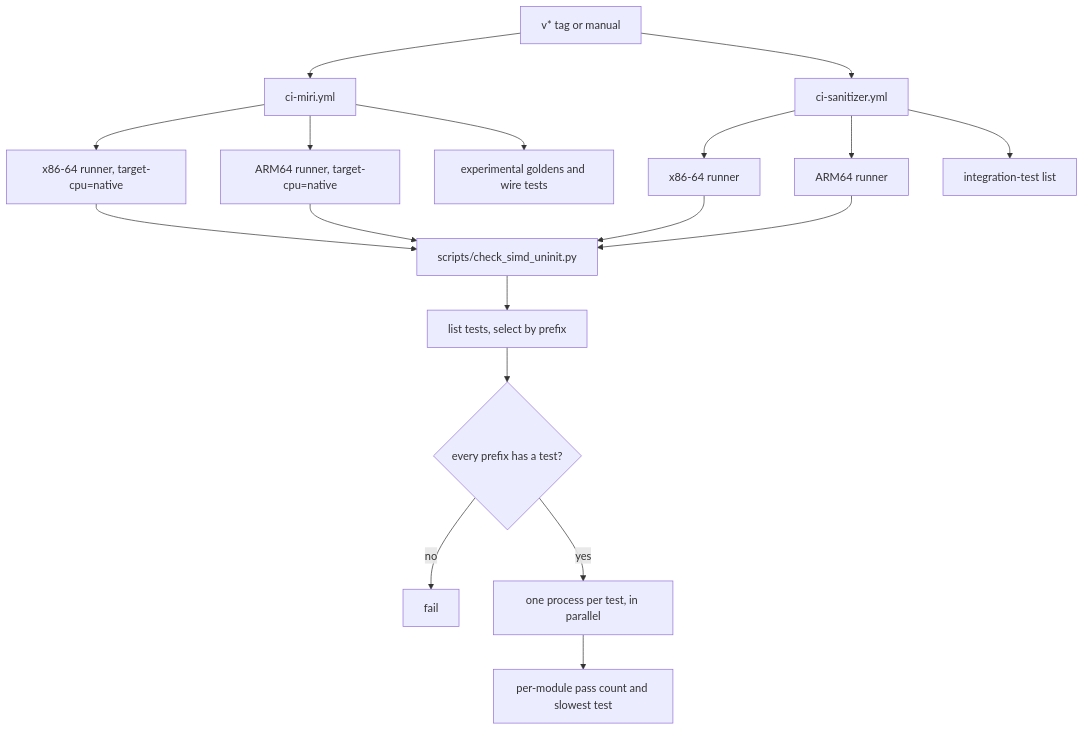
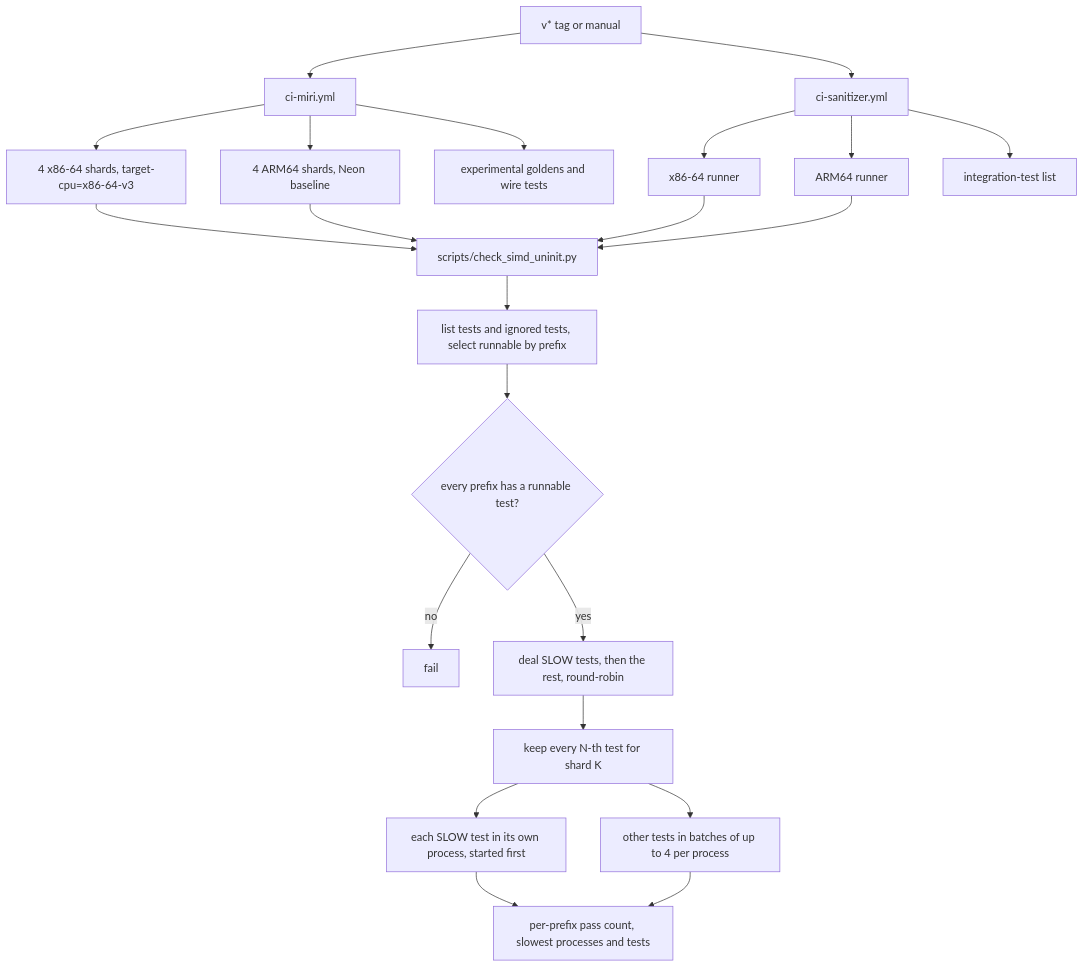
One commit to M-Compressors/mbrotli changed the third of 5 diagrams in architecture/ci.md. Above: the diagram before and after it, drawn with Mermaid. The commit also changed other lines of this file and 17 other files, not shown here.

Commit message:
Fix miri tests wf

````diff
--- a/architecture/ci.md
+++ b/architecture/ci.md
@@ -113,20 +131,24 @@
 ```mermaid
 flowchart TD
     Tag[v* tag or manual] --> Miri[ci-miri.yml]
     Tag --> Asan[ci-sanitizer.yml]
-    Miri --> MX86[x86-64 runner, target-cpu=native]
-    Miri --> MArm[ARM64 runner, target-cpu=native]
+    Miri --> MX86[4 x86-64 shards, target-cpu=x86-64-v3]
+    Miri --> MArm[4 ARM64 shards, Neon baseline]
     Miri --> Exp[experimental goldens and wire tests]
     Asan --> AX86[x86-64 runner]
     Asan --> AArm[ARM64 runner]
     Asan --> Legacy[integration-test list]
     MX86 --> Script[scripts/check_simd_uninit.py]
     MArm --> Script
     AX86 --> Script
     AArm --> Script
-    Script --> List[list tests, select by prefix]
-    List --> Empty{every prefix has a test?}
+    Script --> List[list tests and ignored tests, select runnable by prefix]
+    List --> Empty{every prefix has a runnable test?}
     Empty -->|no| Fail[fail]
-    Empty -->|yes| Run[one process per test, in parallel]
-    Run --> Report[per-module pass count and slowest test]
+    Empty -->|yes| Deal[deal SLOW tests, then the rest, round-robin]
+    Deal --> Shard[keep every N-th test for shard K]
+    Shard --> Solo[each SLOW test in its own process, started first]
+    Shard --> Batch[other tests in batches of up to 4 per process]
+    Solo --> Report[per-prefix pass count, slowest processes and tests]
+    Batch --> Report
 ```
````
